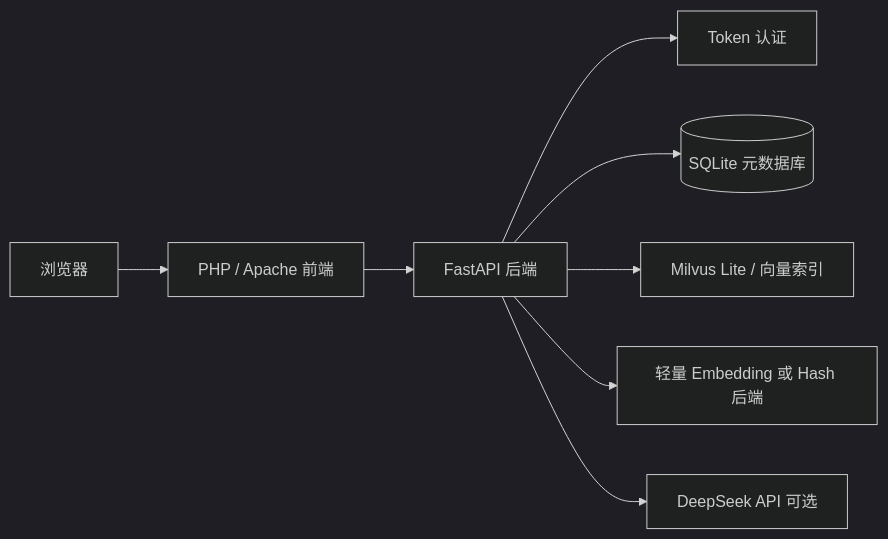
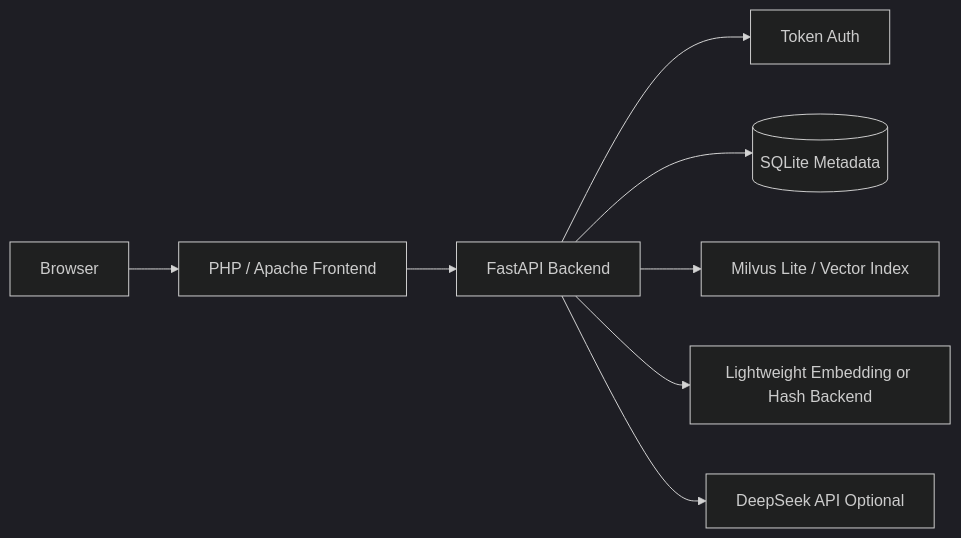
The first of 2 diagrams in README.md (dazhiruoyu123/jianwei-interview-rag), drawn with Mermaid (dark theme) before and after one commit. The commit also changed other lines of this file and 7 other files, not shown here.

````diff
--- a/README.md
+++ b/README.md
@@ -31,10 +31,10 @@
 ```mermaid
 flowchart LR
-    Browser[浏览器] --> Web[PHP / Apache 前端]
-    Web --> API[FastAPI 后端]
-    API --> Auth[Token 认证]
-    API --> DB[(SQLite 元数据库)]
-    API --> Vector[Milvus Lite / 向量索引]
-    API --> Embed[轻量 Embedding 或 Hash 后端]
-    API --> LLM[DeepSeek API 可选]
+    Browser[Browser] --> Web[PHP / Apache Frontend]
+    Web --> API[FastAPI Backend]
+    API --> Auth[Token Auth]
+    API --> DB[(SQLite Metadata)]
+    API --> Vector[Milvus Lite / Vector Index]
+    API --> Embed[Lightweight Embedding or Hash Backend]
+    API --> LLM[DeepSeek API Optional]
 ```
````
